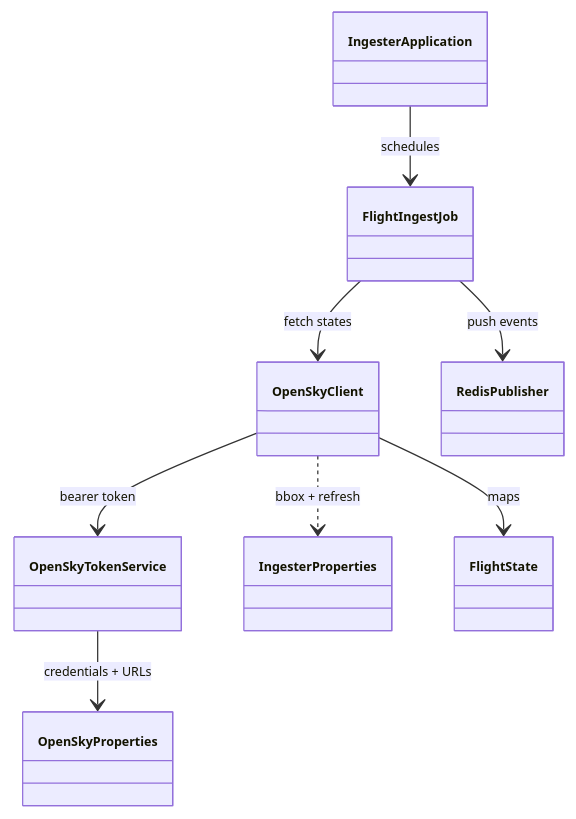
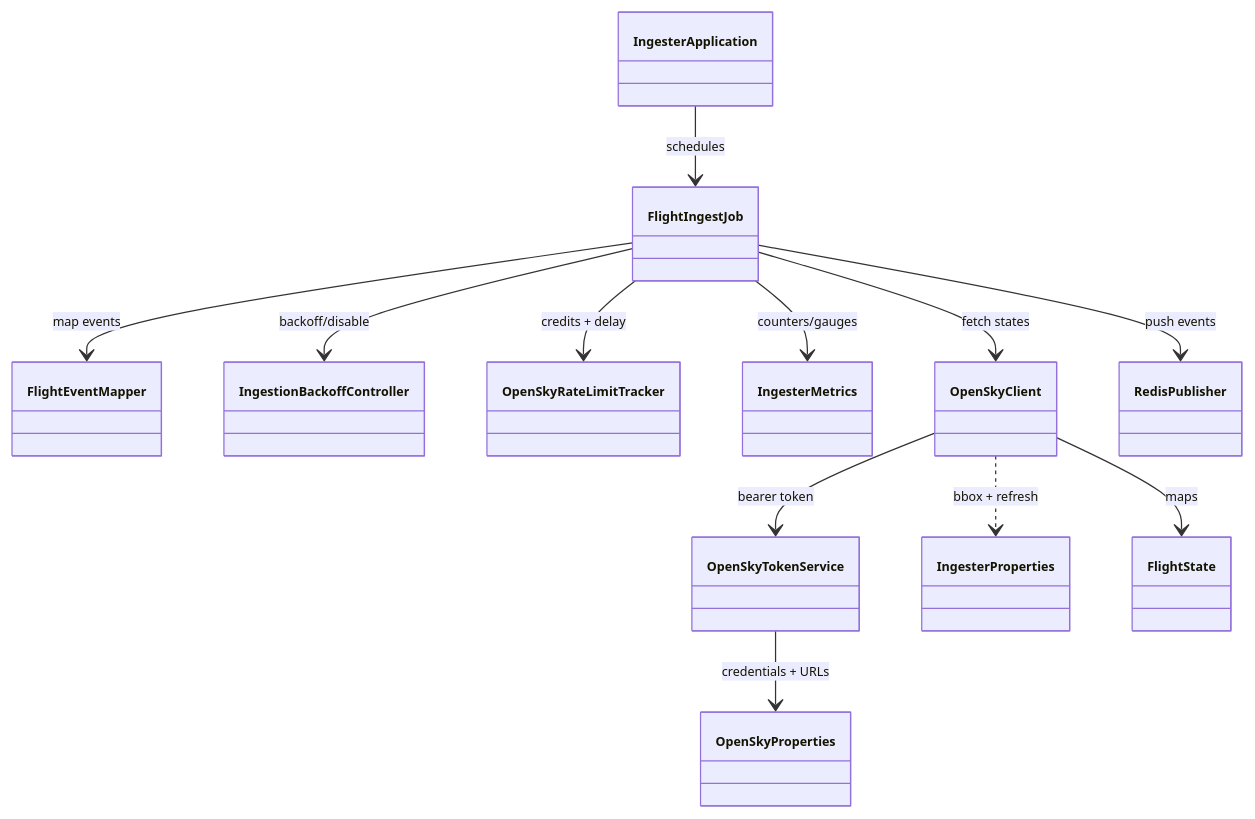
Before and after one commit to ClementV78/CloudRadar: the third of 3 diagrams in src/ingester/README.md, drawn with Mermaid. The commit also changed other lines of this file and 25 other files, not shown here.

````diff
--- a/src/ingester/README.md
+++ b/src/ingester/README.md
@@ -65,20 +77,28 @@
 ```mermaid
 %%{init: {'themeVariables': {'fontSize': '10px'}}}%%
 classDiagram
   class IngesterApplication
   class FlightIngestJob
+  class FlightEventMapper
+  class IngestionBackoffController
+  class OpenSkyRateLimitTracker
+  class IngesterMetrics
   class OpenSkyClient
   class OpenSkyTokenService
   class RedisPublisher
   class IngesterProperties
   class OpenSkyProperties
   class FlightState
 
   IngesterApplication --> FlightIngestJob : schedules
   FlightIngestJob --> OpenSkyClient : fetch states
+  FlightIngestJob --> FlightEventMapper : map events
+  FlightIngestJob --> IngestionBackoffController : backoff/disable
+  FlightIngestJob --> OpenSkyRateLimitTracker : credits + delay
+  FlightIngestJob --> IngesterMetrics : counters/gauges
   FlightIngestJob --> RedisPublisher : push events
   OpenSkyClient --> OpenSkyTokenService : bearer token
   OpenSkyTokenService --> OpenSkyProperties : credentials + URLs
   OpenSkyClient --> FlightState : maps
   OpenSkyClient ..> IngesterProperties : bbox + refresh
 ```
````
